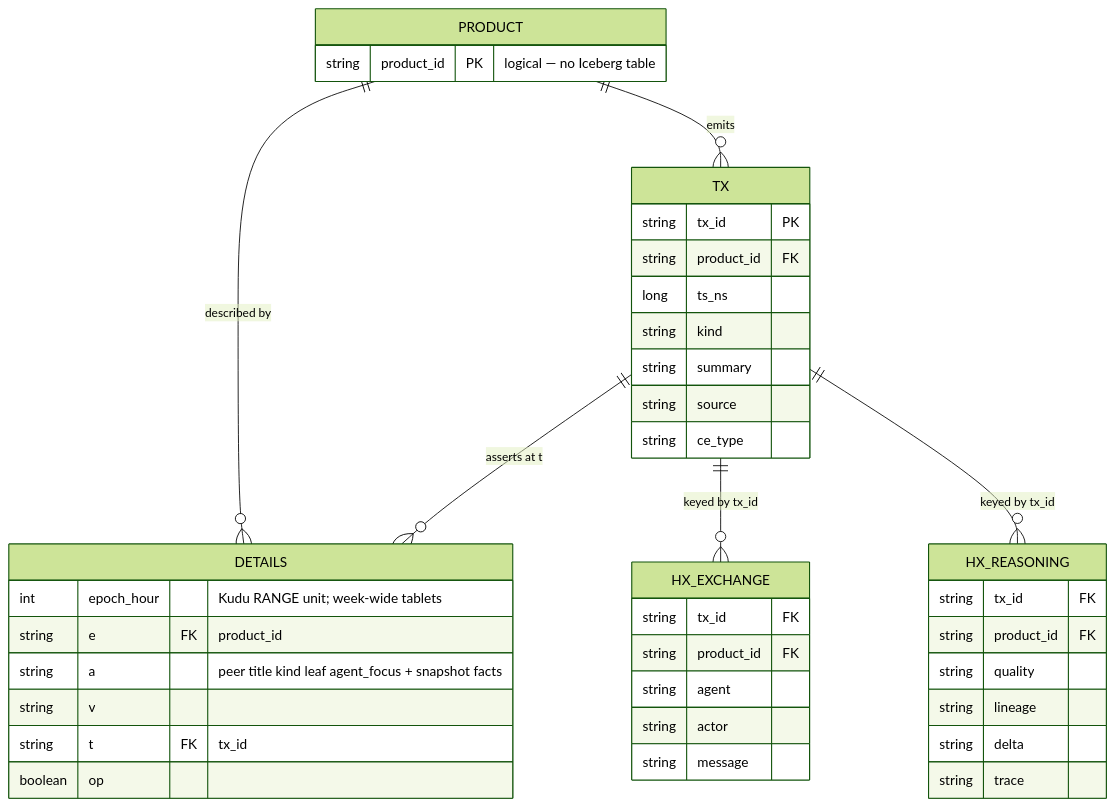
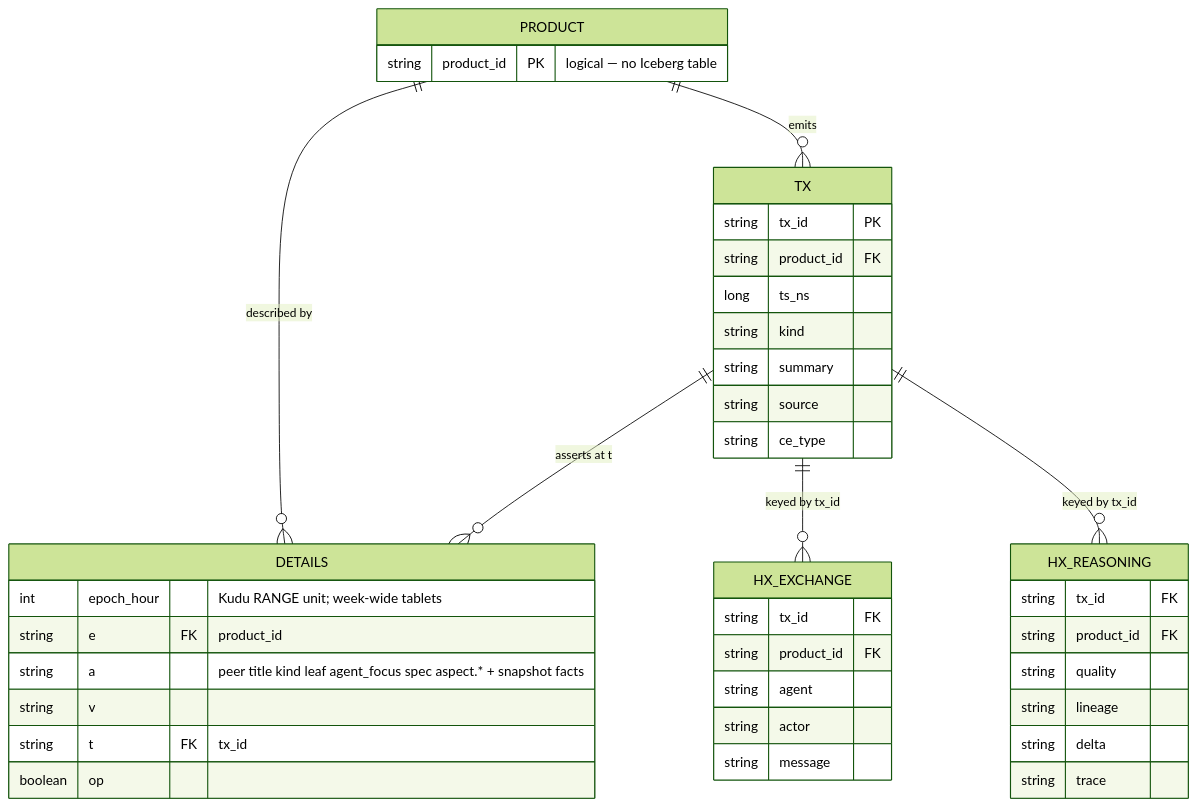
One commit to weathership/signals changed the diagram in docs/current/src/architecture/data-product-history.md. Above: the diagram before and after it, drawn with Mermaid (forest theme). The commit also changed other lines of this file and 15 other files, not shown here.

````diff
--- a/docs/current/src/architecture/data-product-history.md
+++ b/docs/current/src/architecture/data-product-history.md
@@ -40,44 +46,44 @@
 ```mermaid
 erDiagram
     PRODUCT ||--o{ TX : "emits"
     PRODUCT ||--o{ DETAILS : "described by"
     TX ||--o{ DETAILS : "asserts at t"
     TX ||--o{ HX_EXCHANGE : "keyed by tx_id"
     TX ||--o{ HX_REASONING : "keyed by tx_id"
 
     PRODUCT {
         string product_id PK "logical — no Iceberg table"
     }
     TX {
         string tx_id PK
         string product_id FK
         long ts_ns
         string kind
         string summary
         string source
         string ce_type
     }
     DETAILS {
         int epoch_hour "Kudu RANGE unit; week-wide tablets"
         string e FK "product_id"
-        string a "peer title kind leaf agent_focus + snapshot facts"
+        string a "peer title kind leaf agent_focus spec aspect.* + snapshot facts"
         string v
         string t FK "tx_id"
         boolean op
     }
     HX_EXCHANGE {
         string tx_id FK
         string product_id FK
         string agent
         string actor
         string message
     }
     HX_REASONING {
         string tx_id FK
         string product_id FK
         string quality
         string lineage
         string delta
         string trace
     }
 ```
````
